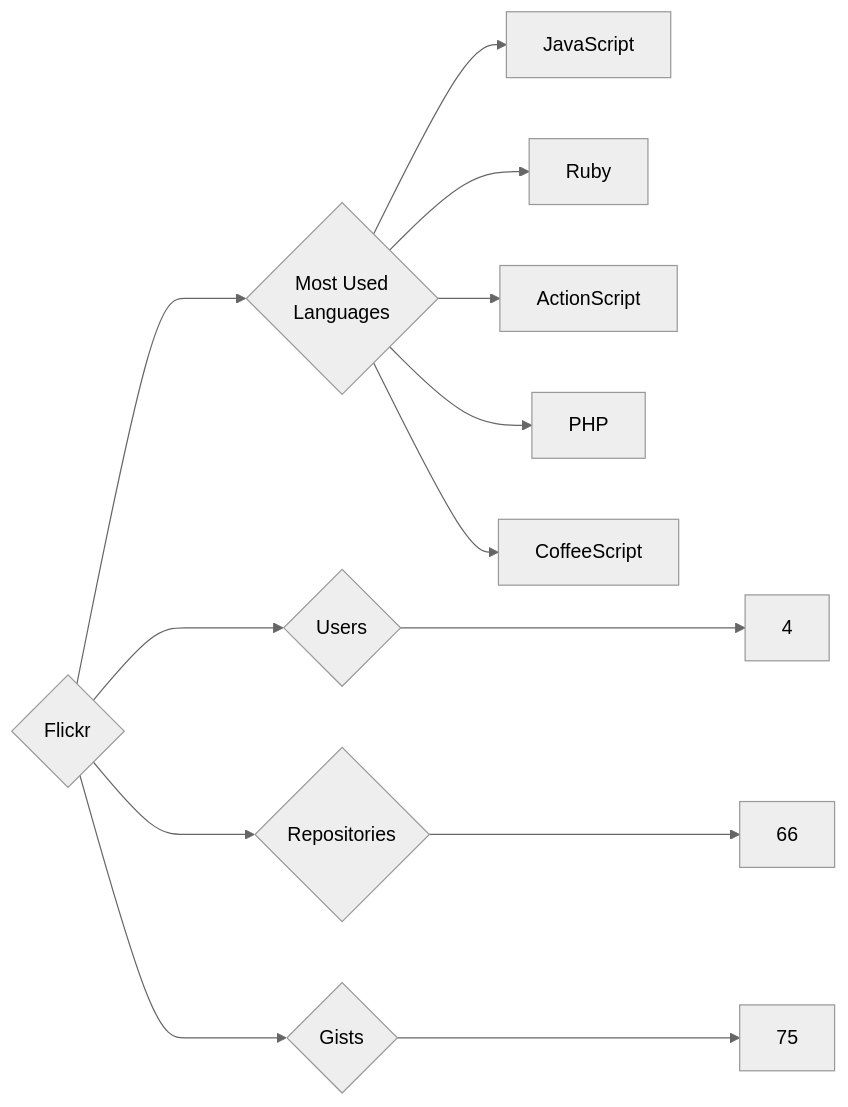
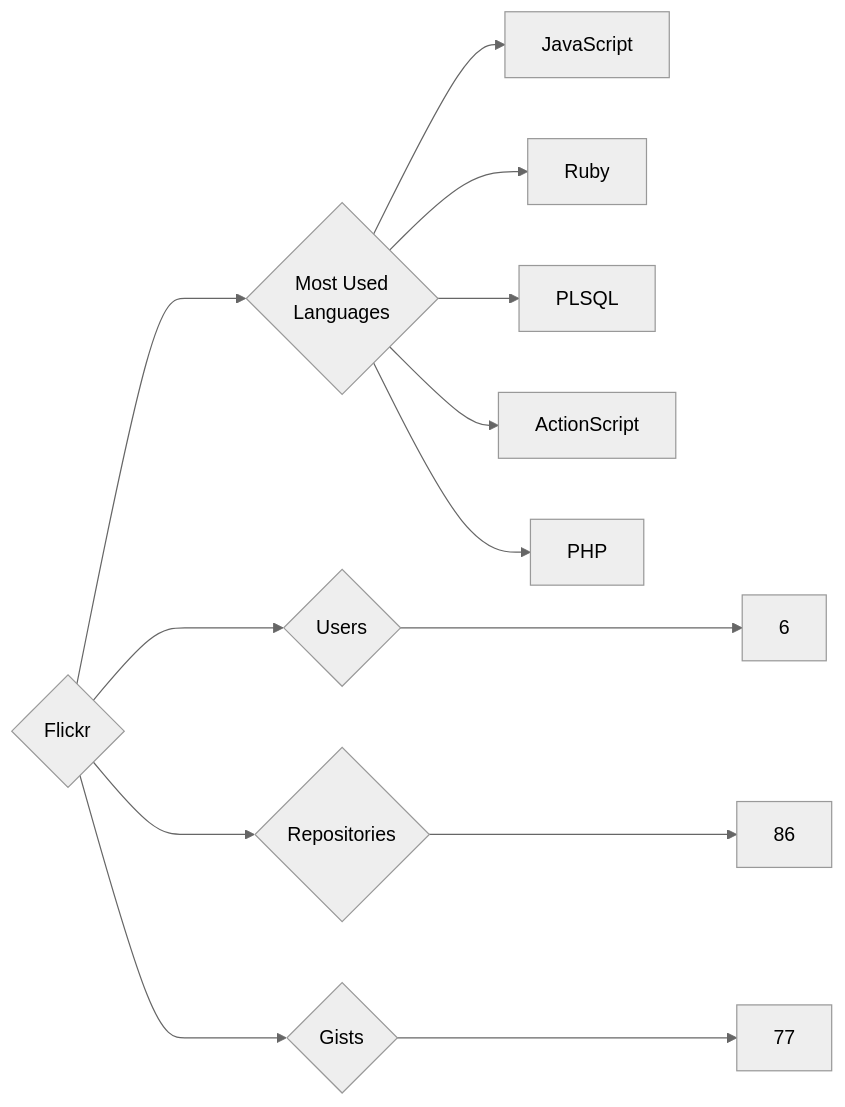
Before and after one commit to trickest/insiders: the diagram in targets/Flickr/README.md, drawn with Mermaid (neutral theme). The commit also changed 748 other files, not shown here.

````diff
--- a/targets/Flickr/README.md
+++ b/targets/Flickr/README.md
@@ -3,13 +3,13 @@
 ```mermaid
 graph LR
 COMPANY_NAME{Flickr}
-COMPANY_NAME ---> U{Users} ---> UN[4]
-COMPANY_NAME ---> R{Repositories} ---> RN[66]
-COMPANY_NAME ---> G{Gists} ---> GN[75]
+COMPANY_NAME ---> U{Users} ---> UN[6]
+COMPANY_NAME ---> R{Repositories} ---> RN[86]
+COMPANY_NAME ---> G{Gists} ---> GN[77]
 COMPANY_NAME ---> ML{Most Used<br>Languages}
 ML --> JavaScript[JavaScript]
 ML --> Ruby[Ruby]
+ML --> PLSQL[PLSQL]
 ML --> ActionScript[ActionScript]
 ML --> PHP[PHP]
-ML --> CoffeeScript[CoffeeScript]
 ```
````
